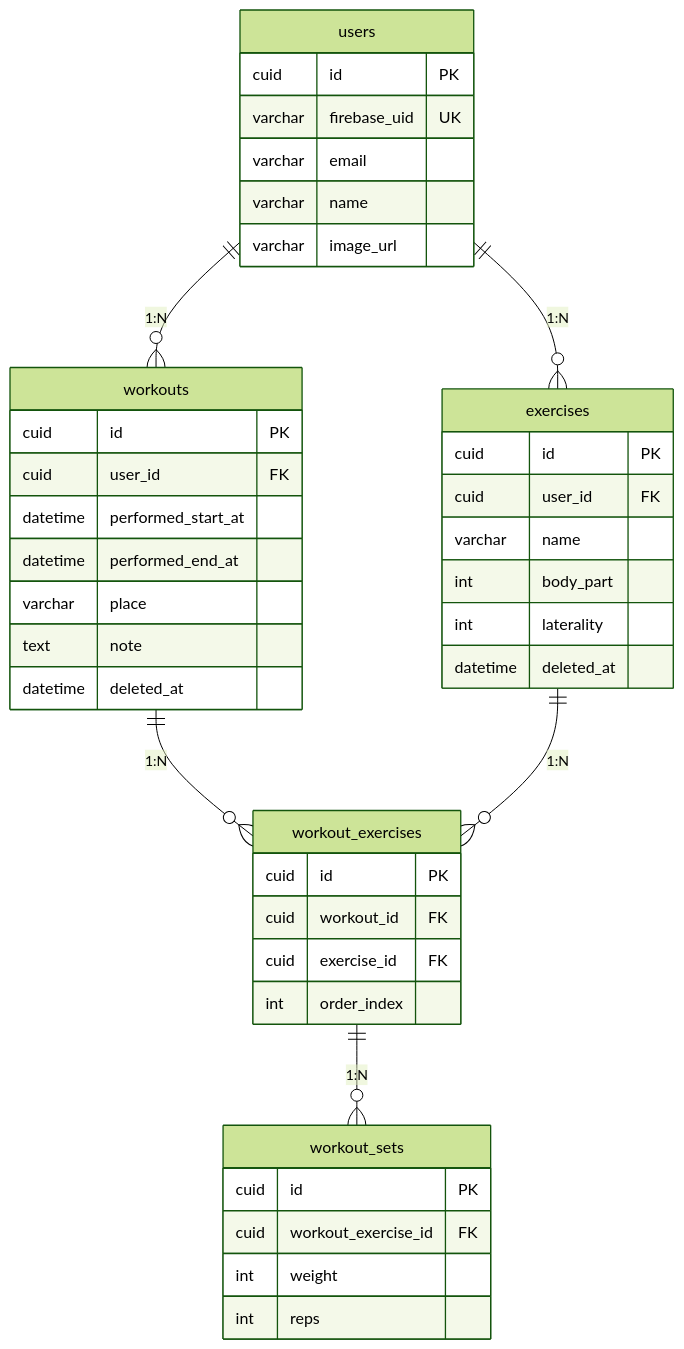
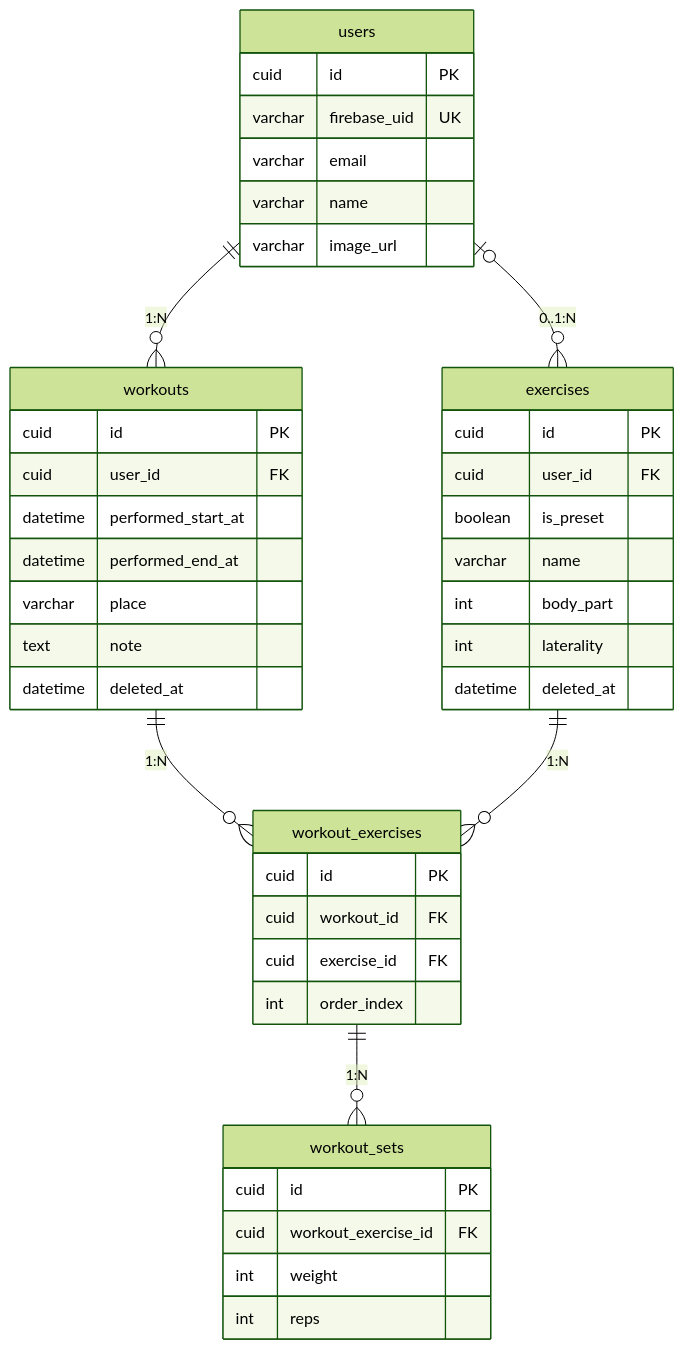
Before and after one commit to ANTON072/gym-note-api-ts: the diagram in docs/db-table-structure.md, drawn with Mermaid (forest theme). The commit also changed other lines of this file and 14 other files, not shown here.

````diff
--- a/docs/db-table-structure.md
+++ b/docs/db-table-structure.md
@@ -53,49 +55,50 @@
 ```mermaid
 erDiagram
     users ||--o{ workouts : "1:N"
-    users ||--o{ exercises : "1:N"
+    users |o--o{ exercises : "0..1:N"
     workouts ||--o{ workout_exercises : "1:N"
     exercises ||--o{ workout_exercises : "1:N"
     workout_exercises ||--o{ workout_sets : "1:N"
 
     users {
         cuid id PK
         varchar firebase_uid UK
         varchar email
         varchar name
         varchar image_url
     }
 
     workouts {
         cuid id PK
         cuid user_id FK
         datetime performed_start_at
         datetime performed_end_at
         varchar place
         text note
         datetime deleted_at
     }
 
     exercises {
         cuid id PK
         cuid user_id FK
+        boolean is_preset
         varchar name
         int body_part
         int laterality
         datetime deleted_at
     }
 
     workout_exercises {
         cuid id PK
         cuid workout_id FK
         cuid exercise_id FK
         int order_index
     }
 
     workout_sets {
         cuid id PK
         cuid workout_exercise_id FK
         int weight
         int reps
     }
 ```
````
